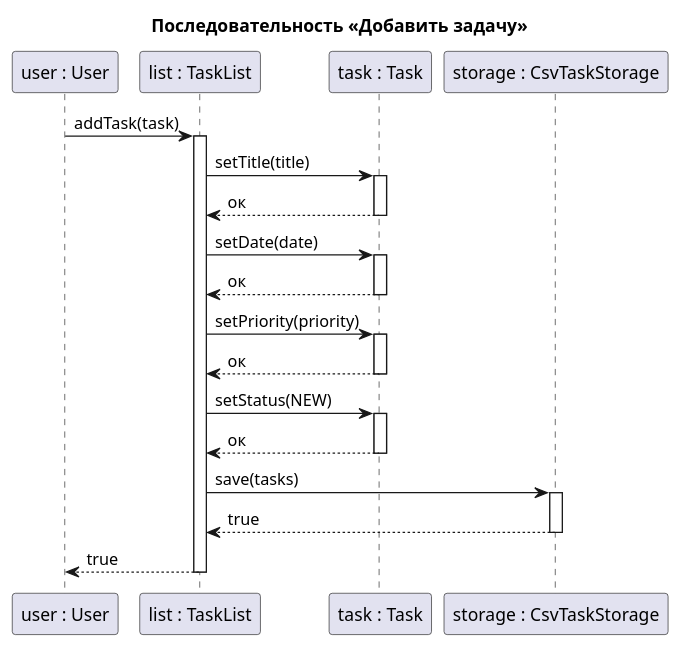
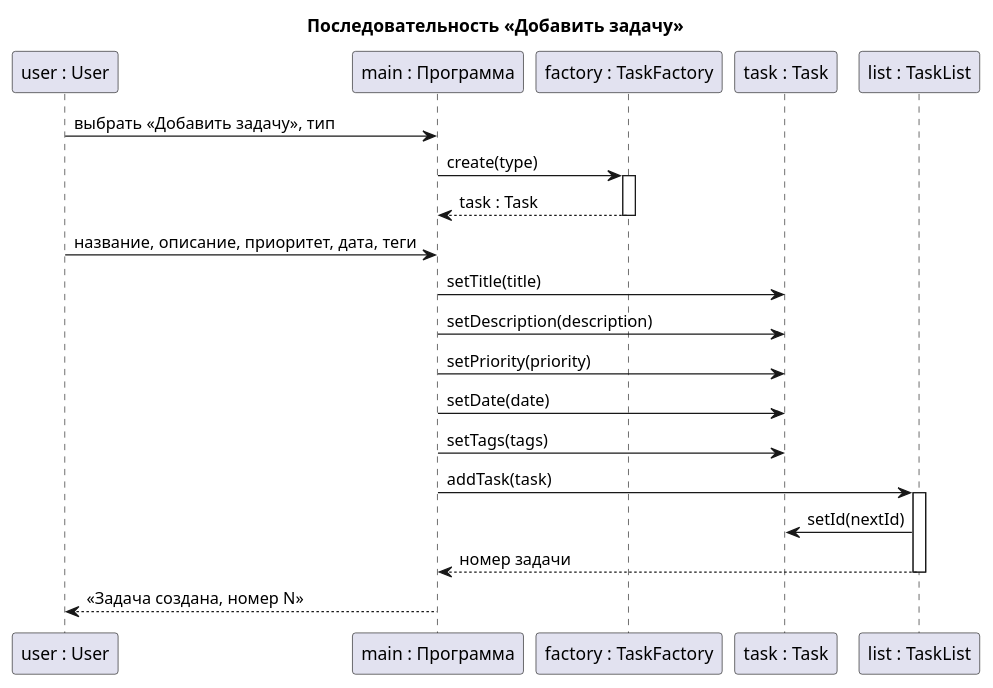
Before and after one commit to Ruslan1209/TaskFlow: the diagram in docs/uml/03_seq_add.puml, drawn with PlantUML. The commit also changed other lines of this file, not shown here.

```diff
--- a/docs/uml/03_seq_add.puml
+++ b/docs/uml/03_seq_add.puml
@@ -1,33 +2,30 @@
 @startuml
 title Последовательность «Добавить задачу»
 
 participant "user : User" as u
+participant "main : Программа" as app
+participant "factory : TaskFactory" as factory
+participant "task : Task" as task
 participant "list : TaskList" as list
-participant "task : Task" as task
-participant "storage : CsvTaskStorage" as storage
 
-u -> list : addTask(task)
+u -> app : выбрать «Добавить задачу», тип
+app -> factory : create(type)
+activate factory
+factory --> app : task : Task
+deactivate factory
+
+u -> app : название, описание, приоритет, дата, теги
+app -> task : setTitle(title)
+app -> task : setDescription(description)
+app -> task : setPriority(priority)
+app -> task : setDate(date)
+app -> task : setTags(tags)
+
+app -> list : addTask(task)
 activate list
-list -> task : setTitle(title)
-activate task
-task --> list : ок
-deactivate task
-list -> task : setDate(date)
-activate task
-task --> list : ок
-deactivate task
-list -> task : setPriority(priority)
-activate task
-task --> list : ок
-deactivate task
-list -> task : setStatus(NEW)
-activate task
-task --> list : ок
-deactivate task
-list -> storage : save(tasks)
-activate storage
-storage --> list : true
-deactivate storage
-list --> u : true
+list -> task : setId(nextId)
+list --> app : номер задачи
 deactivate list
+
+app --> u : «Задача создана, номер N»
 @enduml
```
